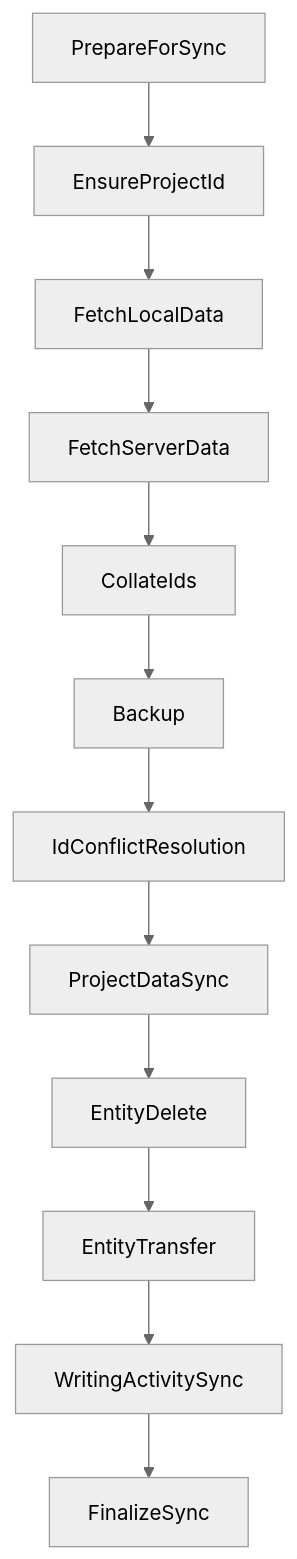
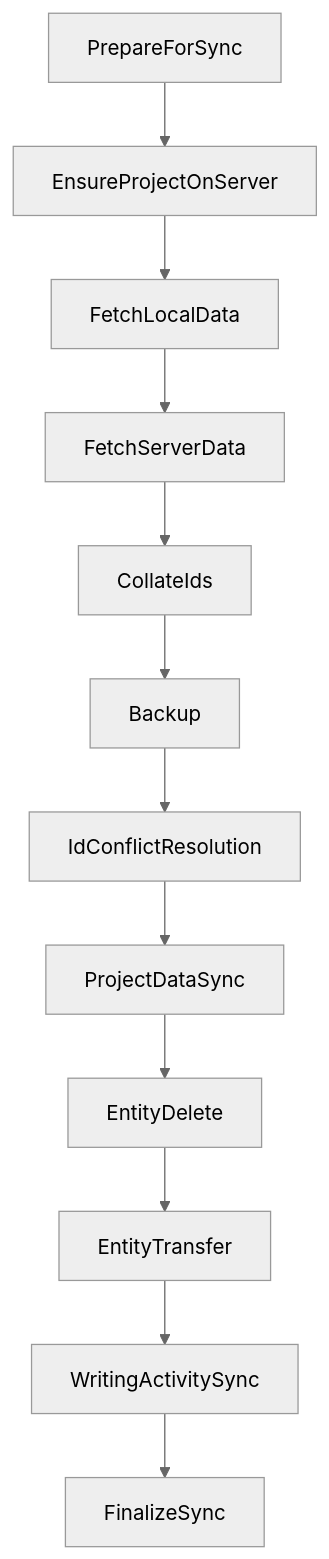
One commit to Darkrock-Studios/hammer-editor changed the tenth of 10 diagrams in docs/SYNCING-PROTOCOL.md. Above: the diagram before and after it, drawn with Mermaid (neutral theme). The commit also changed other lines of this file and 3 other files, not shown here.

````diff
--- a/docs/SYNCING-PROTOCOL.md
+++ b/docs/SYNCING-PROTOCOL.md
@@ -712,14 +743,14 @@
 ```mermaid
 flowchart TD
-    A[PrepareForSync] --> EP[EnsureProjectId]
+    A[PrepareForSync] --> EP[EnsureProjectOnServer]
     EP --> B[FetchLocalData]
     B --> C[FetchServerData]
     C --> D[CollateIds]
     D --> E[Backup]
     E --> F[IdConflictResolution]
     F --> P[ProjectDataSync]
     P --> G[EntityDelete]
     G --> H[EntityTransfer]
     H --> W[WritingActivitySync]
     W --> I[FinalizeSync]
 ```
````
